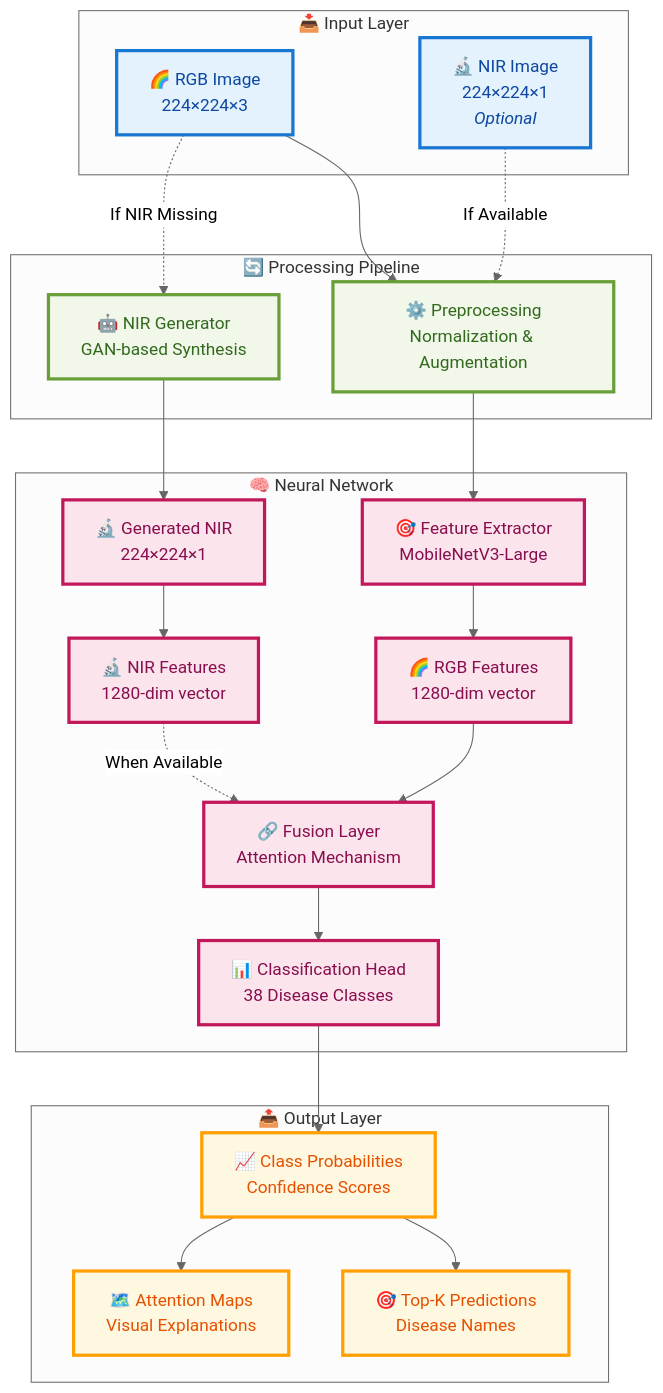
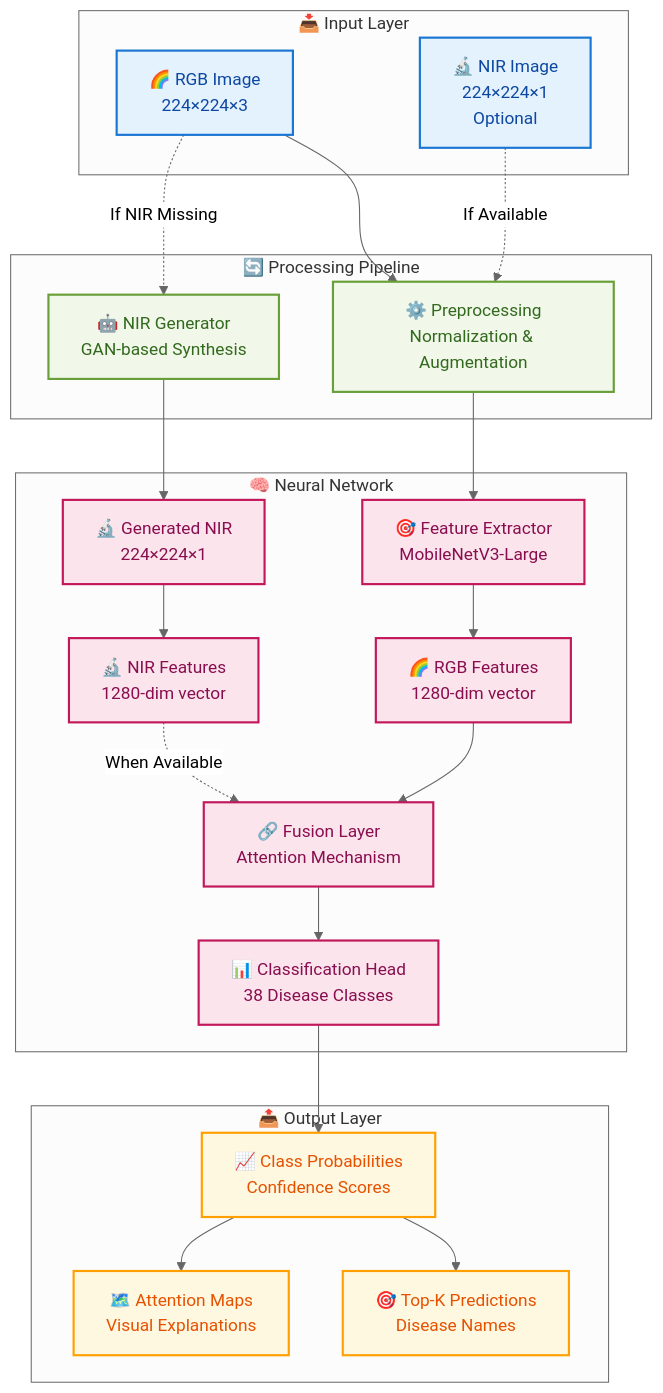
The third of 14 diagrams in docs/ARCHITECTURE.md (VIKAS9793/Krishisahayak-2.0), drawn with Mermaid (neutral theme) before and after one commit. The commit also changed other lines of this file and 7 other files, not shown here.

````diff
--- a/docs/ARCHITECTURE.md
+++ b/docs/ARCHITECTURE.md
@@ -138,51 +130,51 @@
 ```mermaid
 graph TB
     subgraph Input [" 📥 Input Layer "]
         A[🌈 RGB Image<br/>224×224×3]
-        C[🔬 NIR Image<br/>224×224×1<br/><i>Optional</i>]
+        C[🔬 NIR Image<br/>224×224×1<br/>Optional]
     end
     
     subgraph Processing [" 🔄 Processing Pipeline "]
         B[⚙️ Preprocessing<br/>Normalization & Augmentation]
         F[🤖 NIR Generator<br/>GAN-based Synthesis]
     end
     
     subgraph Model [" 🧠 Neural Network "]
         D[🎯 Feature Extractor<br/>MobileNetV3-Large]
         E[🌈 RGB Features<br/>1280-dim vector]
         G[🔬 Generated NIR<br/>224×224×1]
         H[🔬 NIR Features<br/>1280-dim vector]
         I[🔗 Fusion Layer<br/>Attention Mechanism]
         J[📊 Classification Head<br/>38 Disease Classes]
     end
     
     subgraph Output [" 📤 Output Layer "]
         K[📈 Class Probabilities<br/>Confidence Scores]
         L[🎯 Top-K Predictions<br/>Disease Names]
         M[🗺️ Attention Maps<br/>Visual Explanations]
     end
     
     A --> B
     C -.->|If Available| B
     A -.->|If NIR Missing| F
     B --> D
     D --> E
     F --> G
     G --> H
     E --> I
     H -.->|When Available| I
     I --> J
     J --> K
     K --> L
     K --> M
     
-    classDef inputStyle fill:#e3f2fd,stroke:#1976d2,stroke-width:3px,color:#0d47a1
-    classDef processStyle fill:#f1f8e9,stroke:#689f38,stroke-width:3px,color:#33691e
-    classDef modelStyle fill:#fce4ec,stroke:#c2185b,stroke-width:3px,color:#880e4f
-    classDef outputStyle fill:#fff8e1,stroke:#ffa000,stroke-width:3px,color:#e65100
+    classDef inputStyle fill:#e3f2fd,stroke:#1976d2,stroke-width:2px,color:#0d47a1
+    classDef processStyle fill:#f1f8e9,stroke:#689f38,stroke-width:2px,color:#33691e
+    classDef modelStyle fill:#fce4ec,stroke:#c2185b,stroke-width:2px,color:#880e4f
+    classDef outputStyle fill:#fff8e1,stroke:#ffa000,stroke-width:2px,color:#e65100
     
     class A,C inputStyle
     class B,F processStyle
     class D,E,G,H,I,J modelStyle
     class K,L,M outputStyle
 ```
````
